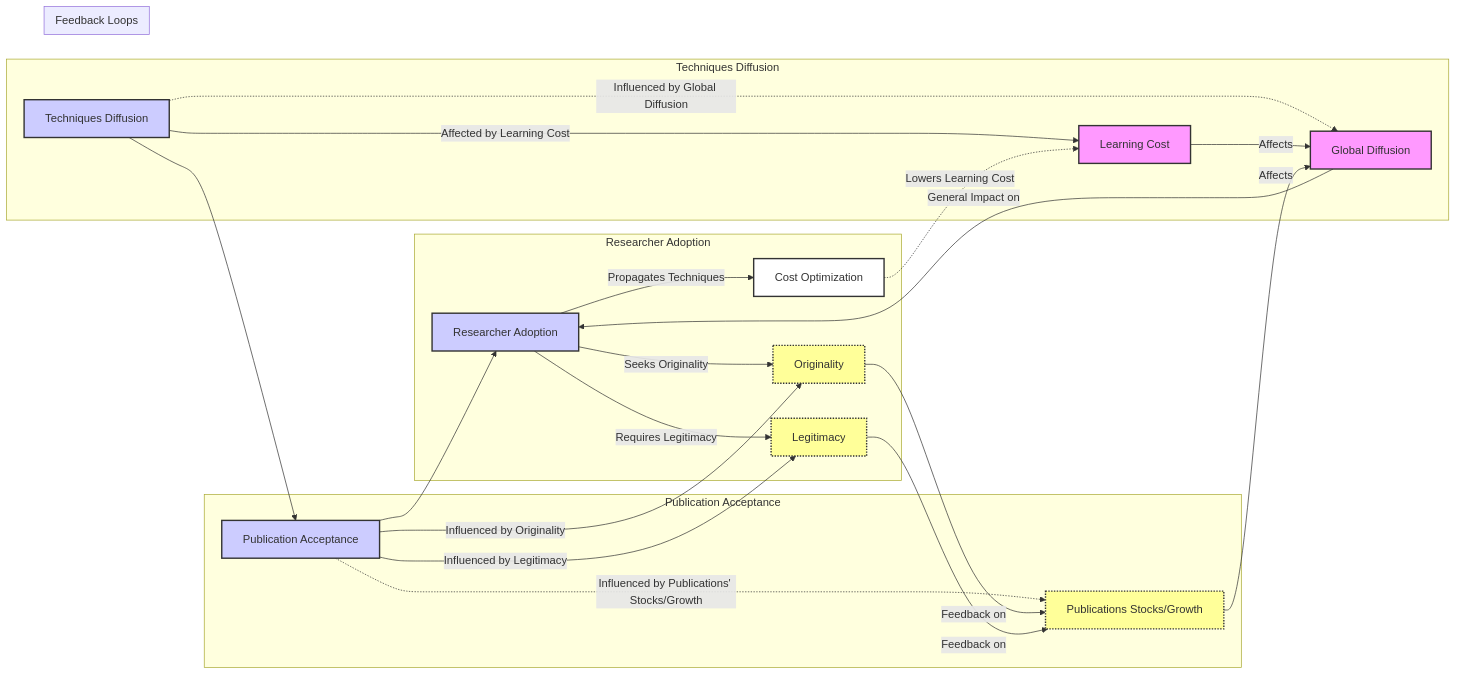
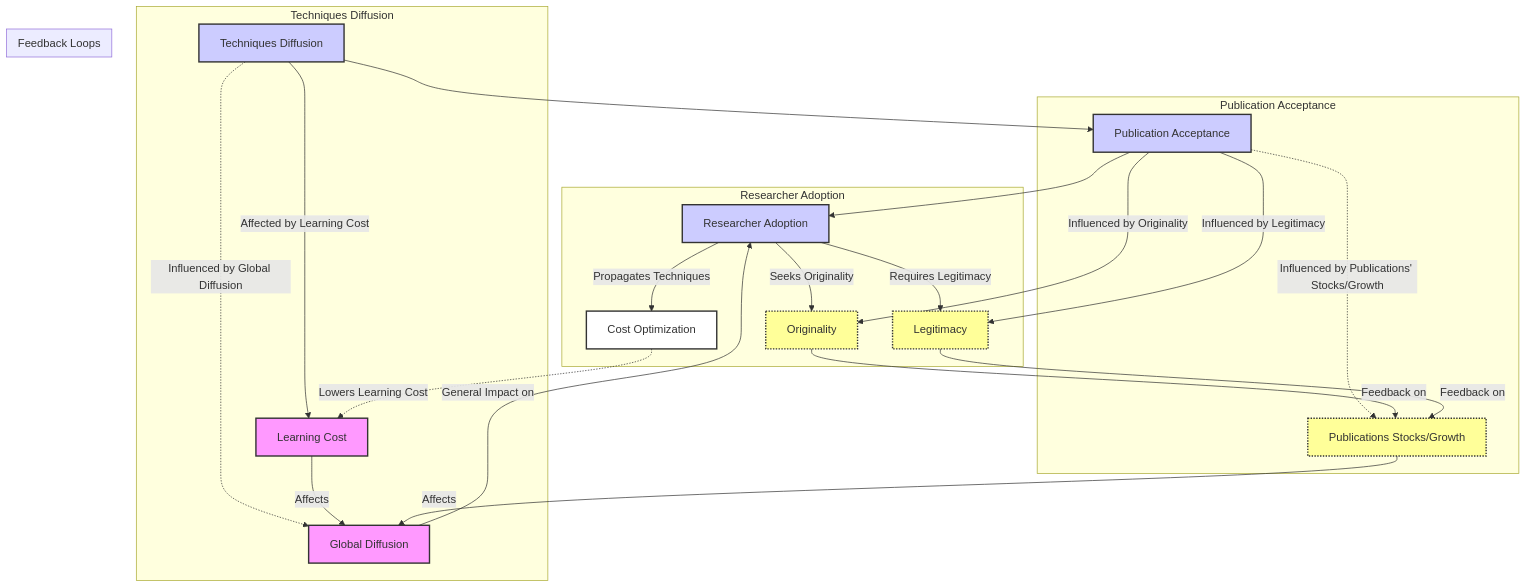
Before and after one commit to oliviercaron/presentation_revealjs: the third of 11 diagrams in M&R/diffusion_nlp_mermaid.qmd, drawn with Mermaid. The commit also changed other lines of this file and 4 other files, not shown here.

Commit message:
mermaid graphs ; second choice is the one to modify

````diff
--- a/M&R/diffusion_nlp_mermaid.qmd
+++ b/M&R/diffusion_nlp_mermaid.qmd
@@ -78,40 +93,40 @@
 ```{mermaid}
-graph LR
+graph TD
   subgraph "Researcher Adoption"
     RA[Researcher Adoption] -->|Propagates Techniques| CO[Cost Optimization]
     RA -->|Seeks Originality| OP[Originality]
     RA -->|Requires Legitimacy| LE[Legitimacy]
   end
   
   subgraph "Publication Acceptance"
     PA[Publication Acceptance] --> RA
     PA -.->|Influenced by Publications' Stocks/Growth| PS[Publications Stocks/Growth]
     PA -->|Influenced by Originality| OP
     PA -->|Influenced by Legitimacy| LE
   end
 
   subgraph "Techniques Diffusion"
     TD[Techniques Diffusion] --> PA
     TD -->|Affected by Learning Cost| LC[Learning Cost]
     TD -.->|Influenced by Global Diffusion| GD[Global Diffusion]
     LC -->|Affects| GD
     PS -->|Affects| GD
   end
 
   subgraph "Feedback Loops"
     OP -->|Feedback on| PS
     LE -->|Feedback on| PS
     GD -->|General Impact on| RA
     CO -.->|Lowers Learning Cost| LC
   end
 
   classDef default fill:#fff,stroke:#333,stroke-width:2px;
   classDef feedback fill:#ff9,stroke:#333,stroke-dasharray: 2, 2;
   classDef process fill:#ccf,stroke:#333,stroke-width:2px;
   classDef emphasis fill:#f9f,stroke:#333;
   
   class RA,PA,TD process;
   class OP,LE,PS feedback;
   class LC,GD emphasis;
 
 ```
````
